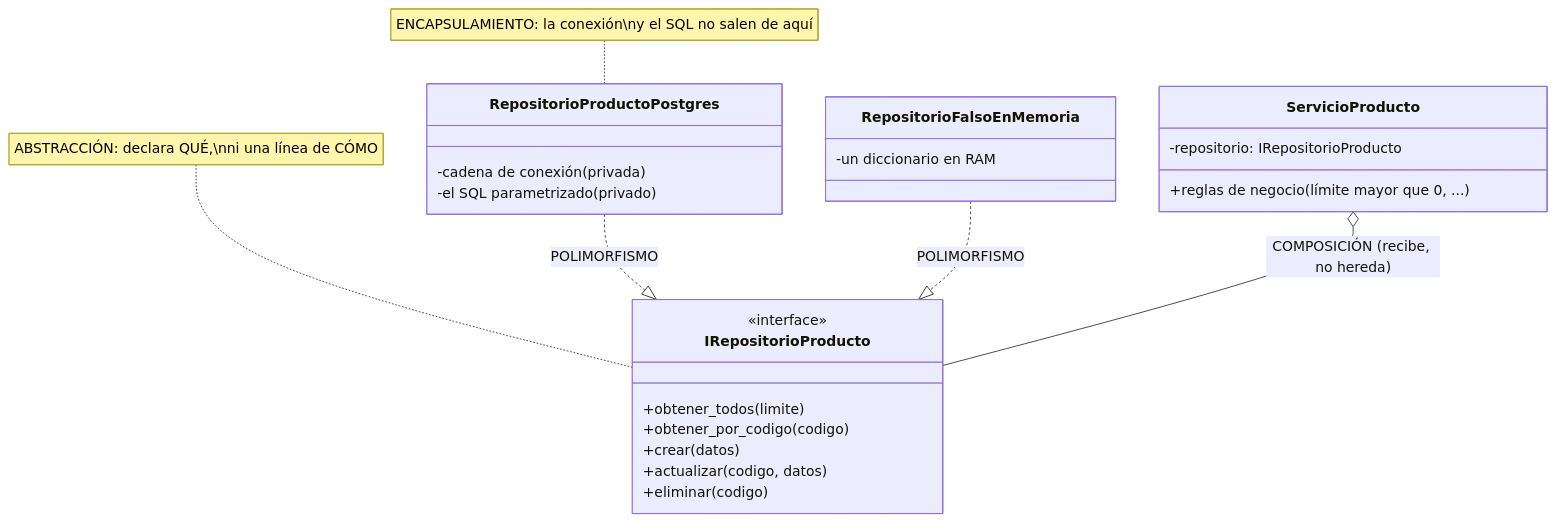
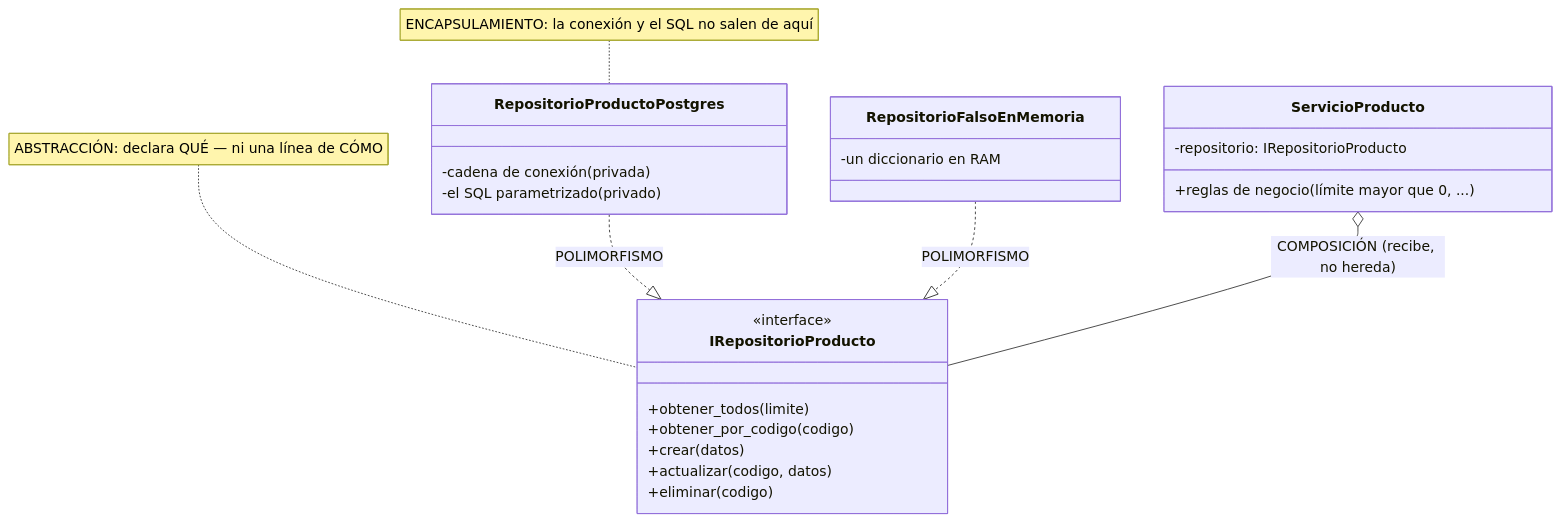
One commit to ccastro2050/proyecto_diseno_de_software2 changed the second of 5 diagrams in docs/PARADIGMA_POO.md. Above: the diagram before and after it, drawn with Mermaid. The commit also changed other lines of this file, not shown here.

Commit message:
PARADIGMA_POO: las DOS caras del polimorfismo (herencia+sobrescritura vs contrato+implementaciones) con ejemplos y diagramas, la herencia real del proyecto señalada, y notas Mermaid sin saltos literales

````diff
--- a/docs/PARADIGMA_POO.md
+++ b/docs/PARADIGMA_POO.md
@@ -108,27 +108,27 @@
 ```mermaid
 classDiagram
     class IRepositorioProducto {
         <<interface>>
         +obtener_todos(limite)
         +obtener_por_codigo(codigo)
         +crear(datos)
         +actualizar(codigo, datos)
         +eliminar(codigo)
     }
     class RepositorioProductoPostgres {
         -cadena de conexión (privada)
         -el SQL parametrizado (privado)
     }
     class RepositorioFalsoEnMemoria {
         -un diccionario en RAM
     }
     class ServicioProducto {
         -repositorio: IRepositorioProducto
         +reglas de negocio (límite mayor que 0, ...)
     }
     RepositorioProductoPostgres ..|> IRepositorioProducto : POLIMORFISMO
     RepositorioFalsoEnMemoria ..|> IRepositorioProducto : POLIMORFISMO
     ServicioProducto o-- IRepositorioProducto : COMPOSICIÓN (recibe, no hereda)
-    note for IRepositorioProducto "ABSTRACCIÓN: declara QUÉ,\nni una línea de CÓMO"
-    note for RepositorioProductoPostgres "ENCAPSULAMIENTO: la conexión\ny el SQL no salen de aquí"
+    note for IRepositorioProducto "ABSTRACCIÓN: declara QUÉ — ni una línea de CÓMO"
+    note for RepositorioProductoPostgres "ENCAPSULAMIENTO: la conexión y el SQL no salen de aquí"
 ```
````
